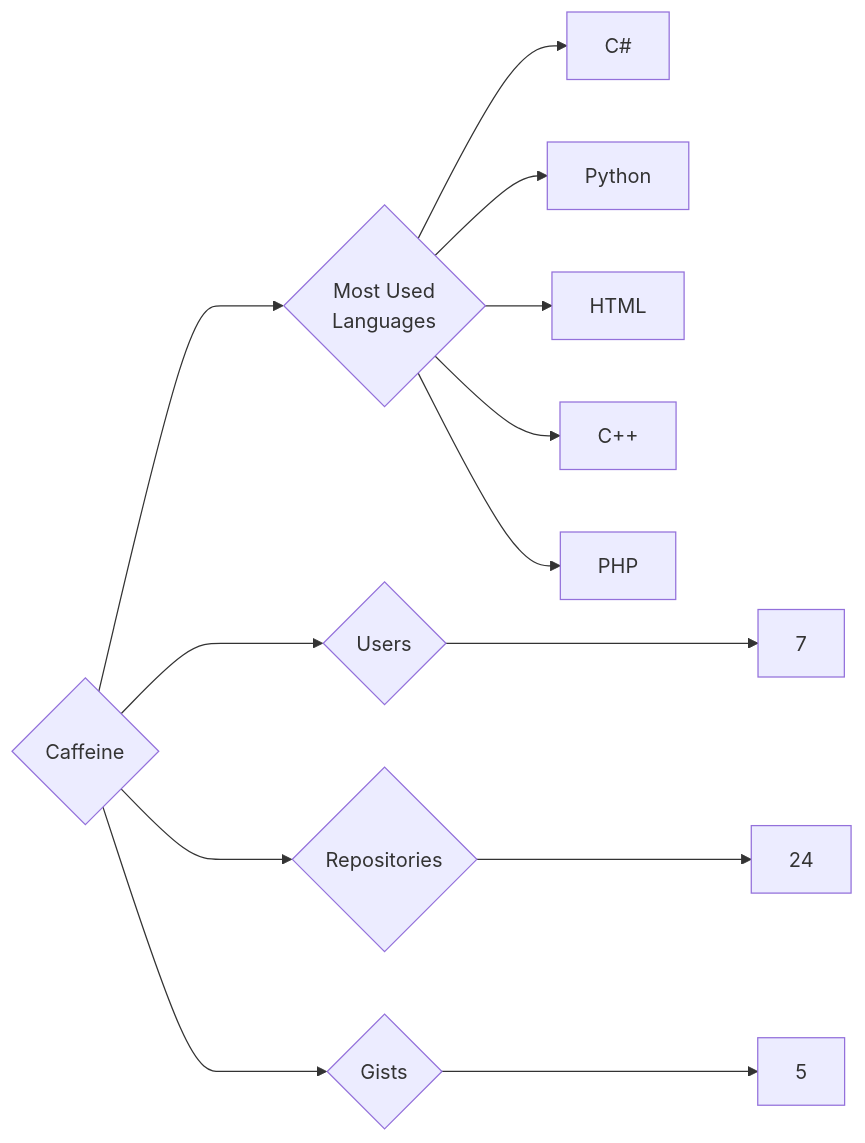
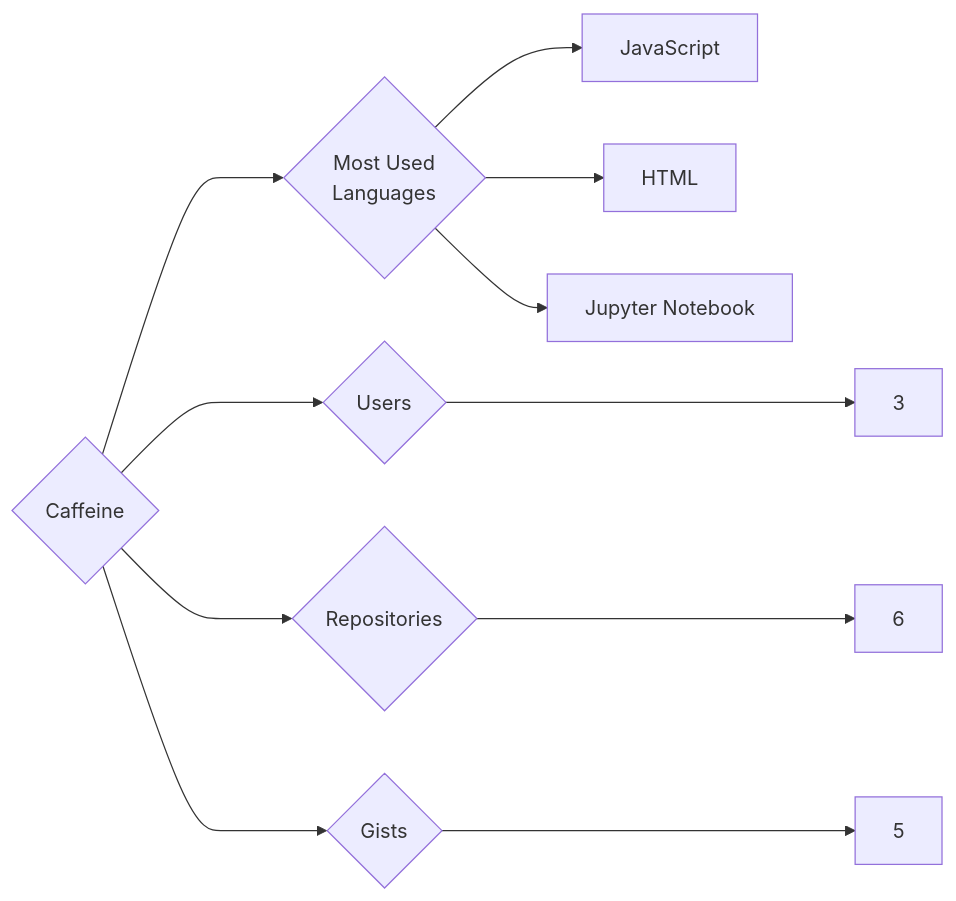
One commit to trickest/insiders changed the diagram in targets/Caffeine/README.md. Above: the diagram before and after it, drawn with Mermaid. The commit also changed 998 other files, not shown here.

````diff
--- a/targets/Caffeine/README.md
+++ b/targets/Caffeine/README.md
@@ -3,13 +3,11 @@
 ```mermaid
 graph LR
 COMPANY_NAME{Caffeine}
-COMPANY_NAME ---> U{Users} ---> UN[7]
-COMPANY_NAME ---> R{Repositories} ---> RN[24]
+COMPANY_NAME ---> U{Users} ---> UN[3]
+COMPANY_NAME ---> R{Repositories} ---> RN[6]
 COMPANY_NAME ---> G{Gists} ---> GN[5]
 COMPANY_NAME ---> ML{Most Used<br>Languages}
-ML --> C#[C#]
-ML --> Python[Python]
+ML --> JavaScript[JavaScript]
 ML --> HTML[HTML]
-ML --> C++[C++]
-ML --> PHP[PHP]
+ML --> Jupyter_Notebook[Jupyter Notebook]
 ```
````
